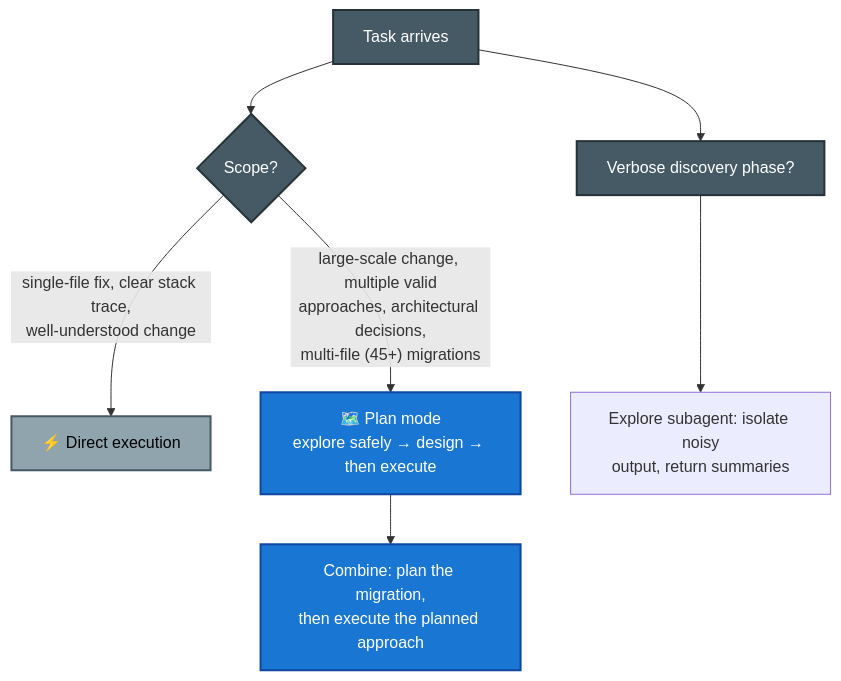
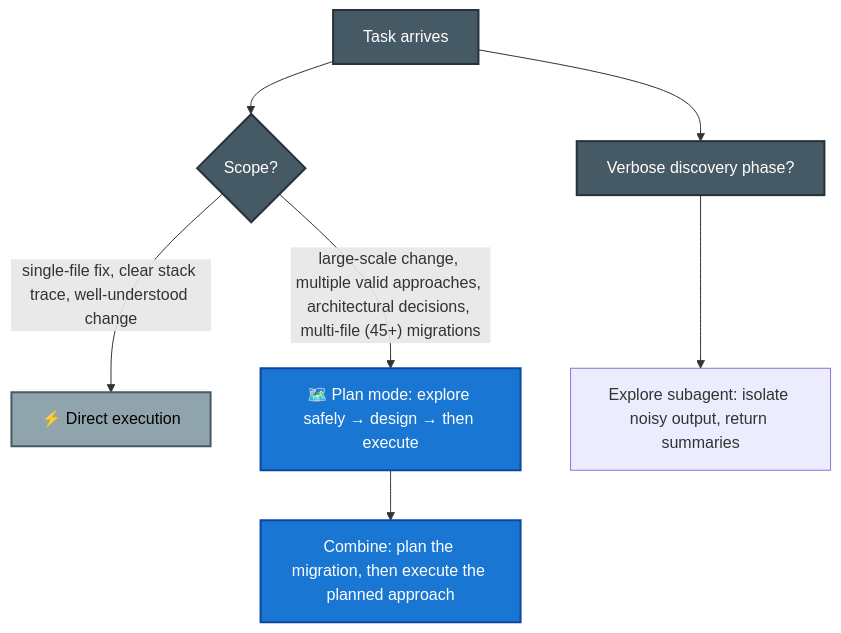
Before and after one commit to parmar-m/claude-architect-certification-prep: the third of 12 diagrams in CCA-F/domains/d3-claude-code.md, drawn with Mermaid. The commit also changed other lines of this file and 25 other files, not shown here.

````diff
--- a/CCA-F/domains/d3-claude-code.md
+++ b/CCA-F/domains/d3-claude-code.md
@@ -145,14 +145,14 @@
 ```mermaid
 flowchart TD
     T[Task arrives] --> Q{Scope?}
-    Q -- "single-file fix, clear stack trace,<br/>well-understood change" --> DE["⚡ Direct execution"]
-    Q -- "large-scale change, multiple valid<br/>approaches, architectural decisions,<br/>multi-file (45+) migrations" --> PM["🗺️ Plan mode<br/>explore safely → design → then execute"]
-    PM --> COMBO["Combine: plan the migration,<br/>then execute the planned approach"]
-    T --> V["Verbose discovery phase?"] --> EX["Explore subagent: isolate noisy<br/>output, return summaries"]
+    Q -- "single-file fix, clear stack trace, well-understood change" --> DE["⚡ Direct execution"]
+    Q -- "large-scale change, multiple valid approaches, architectural decisions, multi-file (45+) migrations" --> PM["🗺️ Plan mode: explore safely → design → then execute"]
+    PM --> COMBO["Combine: plan the migration, then execute the planned approach"]
+    T --> V["Verbose discovery phase?"] --> EX["Explore subagent: isolate noisy output, return summaries"]
     classDef de fill:#90A4AE,color:#000,stroke:#455A64,stroke-width:2px
     classDef pm fill:#1976D2,color:#fff,stroke:#0D47A1,stroke-width:2px
     classDef q fill:#455A64,color:#fff,stroke:#263238,stroke-width:2px
     class DE de
     class PM,COMBO pm
     class T,Q,V q
 ```
````
